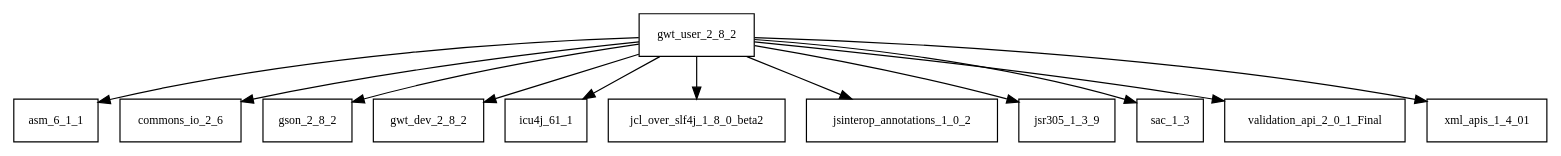
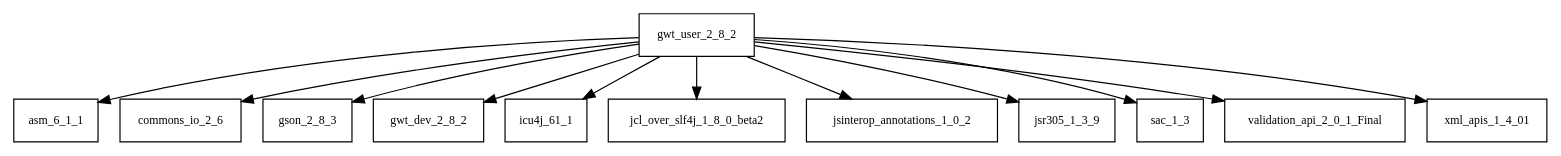
One commit to sjvs/cia changed the diagram in tattleTaleReport/graphviz/gwt-user-2.8.2.jar/gwt-user-2.8.2.jar.dot. Above: the diagram before and after it, drawn with Graphviz. The commit also changed 1518 other files, not shown here.

```diff
--- a/tattleTaleReport/graphviz/gwt-user-2.8.2.jar/gwt-user-2.8.2.jar.dot
+++ b/tattleTaleReport/graphviz/gwt-user-2.8.2.jar/gwt-user-2.8.2.jar.dot
@@ -1,14 +1,14 @@
 digraph gwt_user_2_8_2_dependencies {
   node [shape = box, fontsize=10.0];
   gwt_user_2_8_2 -> asm_6_1_1;
   gwt_user_2_8_2 -> commons_io_2_6;
-  gwt_user_2_8_2 -> gson_2_8_2;
+  gwt_user_2_8_2 -> gson_2_8_3;
   gwt_user_2_8_2 -> gwt_dev_2_8_2;
   gwt_user_2_8_2 -> icu4j_61_1;
   gwt_user_2_8_2 -> jcl_over_slf4j_1_8_0_beta2;
   gwt_user_2_8_2 -> jsinterop_annotations_1_0_2;
   gwt_user_2_8_2 -> jsr305_1_3_9;
   gwt_user_2_8_2 -> sac_1_3;
   gwt_user_2_8_2 -> validation_api_2_0_1_Final;
   gwt_user_2_8_2 -> xml_apis_1_4_01;
 }
```
